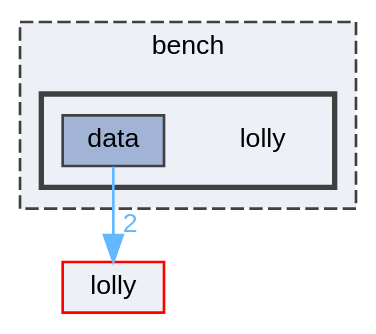
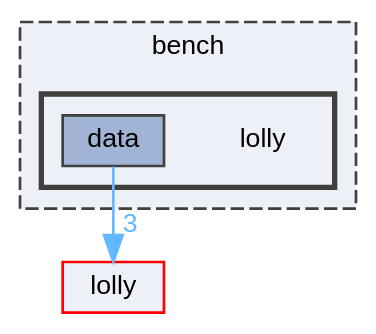
The diagram in dir_0dee124f639ebcba07c1f7e8473551cb_dep.dot (XmacsLabs/lolly), drawn with Graphviz before and after one commit. The commit also changed 817 other files, not shown here.

```diff
--- a/dir_0dee124f639ebcba07c1f7e8473551cb_dep.dot
+++ b/dir_0dee124f639ebcba07c1f7e8473551cb_dep.dot
@@ -1,18 +1,18 @@
 digraph "lolly"
 {
  // LATEX_PDF_SIZE
   bgcolor="transparent";
   edge [fontname=Helvetica,fontsize=10,labelfontname=Helvetica,labelfontsize=10];
   node [fontname=Helvetica,fontsize=10,shape=box,height=0.2,width=0.4];
   compound=true
   subgraph clusterdir_a36c4719283424f51e58ca3678e5dea3 {
     graph [ bgcolor="#edf0f7", pencolor="grey25", label="bench", fontname=Helvetica,fontsize=10 style="filled,dashed", URL="dir_a36c4719283424f51e58ca3678e5dea3.html",tooltip=""]
   subgraph clusterdir_0dee124f639ebcba07c1f7e8473551cb {
     graph [ bgcolor="#edf0f7", pencolor="grey25", label="", fontname=Helvetica,fontsize=10 style="filled,bold", URL="dir_0dee124f639ebcba07c1f7e8473551cb.html",tooltip=""]
     dir_0dee124f639ebcba07c1f7e8473551cb [shape=plaintext, label="lolly"];
   dir_a52f908dd66758024f5e37bd64361cc4 [label="data", fillcolor="#a2b4d6", color="grey25", style="filled", URL="dir_a52f908dd66758024f5e37bd64361cc4.html",tooltip=""];
   }
   }
   dir_4e4e38b7a3cbd015b31043c806009c51 [label="lolly", fillcolor="#edf0f7", color="red", style="filled", URL="dir_4e4e38b7a3cbd015b31043c806009c51.html",tooltip=""];
-  dir_a52f908dd66758024f5e37bd64361cc4->dir_4e4e38b7a3cbd015b31043c806009c51 [headlabel="2", labeldistance=1.5 headhref="dir_000010_000034.html" href="dir_000010_000034.html" color="steelblue1" fontcolor="steelblue1"];
+  dir_a52f908dd66758024f5e37bd64361cc4->dir_4e4e38b7a3cbd015b31043c806009c51 [headlabel="3", labeldistance=1.5 headhref="dir_000010_000034.html" href="dir_000010_000034.html" color="steelblue1" fontcolor="steelblue1"];
 }
```
